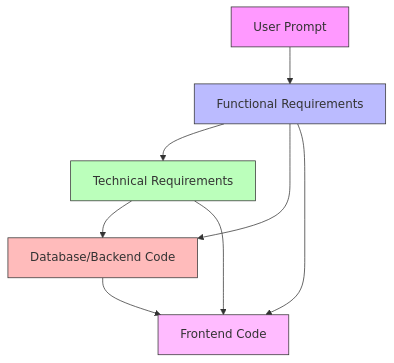
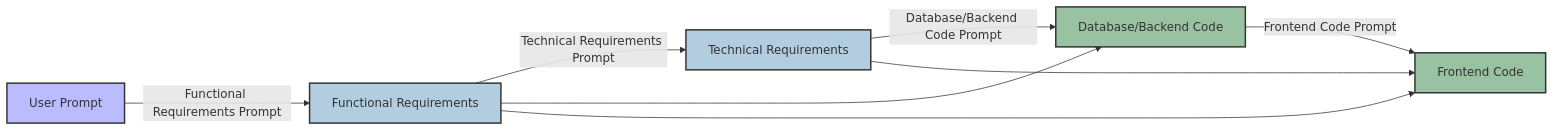
One commit to vivek100/oneShotCodeGen changed the diagram in README.md. Above: the diagram before and after it, drawn with Mermaid.

Commit message:
updated readme made the graph fancy

````diff
--- a/README.md
+++ b/README.md
@@ -17,15 +17,15 @@
 ```mermaid
-graph TD
-A[User Prompt] --> B[Functional Requirements]
-B --> C[Technical Requirements]
-C --> D[Database/Backend Code]
+graph LR
+A[User Prompt] -->|Functional Requirements Prompt| B[Functional Requirements]
+B -->|Technical Requirements Prompt| C[Technical Requirements]
+C -->|Database/Backend Code Prompt| D[Database/Backend Code]
 B --> D
-D --> E[Frontend Code]
+D -->|Frontend Code Prompt| E[Frontend Code]
 B --> E
 C --> E
-style A fill:#f9f,stroke:#333
-style B fill:#bbf,stroke:#333
-style C fill:#bfb,stroke:#333
-style D fill:#fbb,stroke:#333
-style E fill:#fbf,stroke:#333
+style A fill:#bbf,stroke:#333,stroke-width:2px
+style B fill:#b3cde0,stroke:#333,stroke-width:2px
+style C fill:#b3cde0,stroke:#333,stroke-width:2px
+style D fill:#99c2a2,stroke:#333,stroke-width:2px
+style E fill:#99c2a2,stroke:#333,stroke-width:2px
 ```
````
